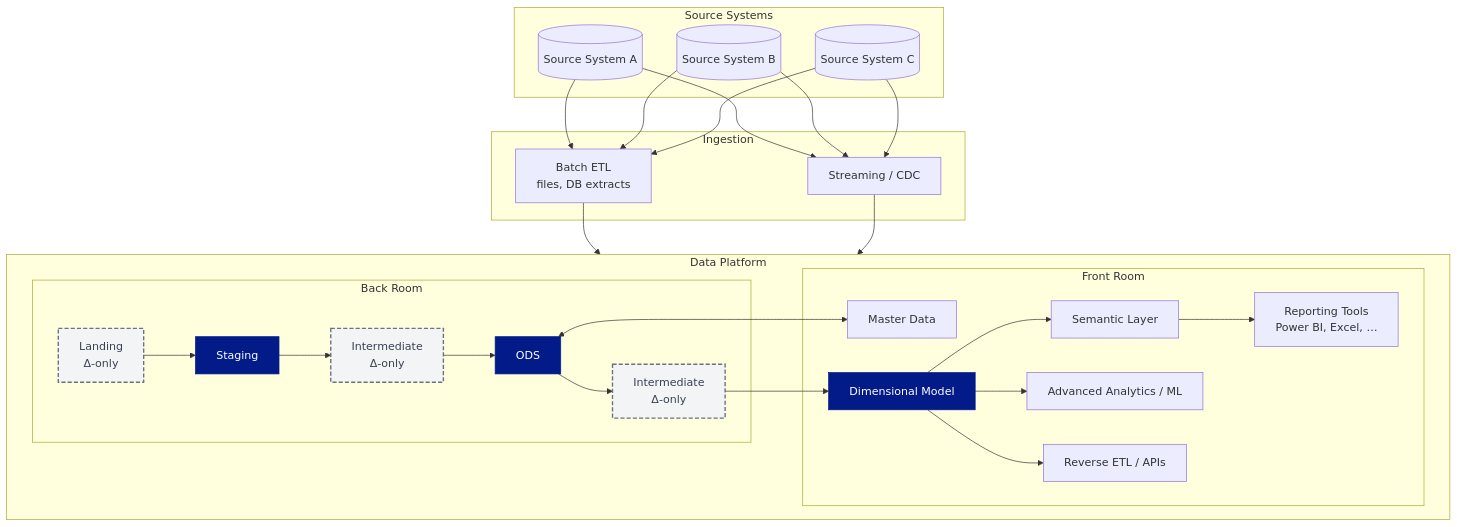
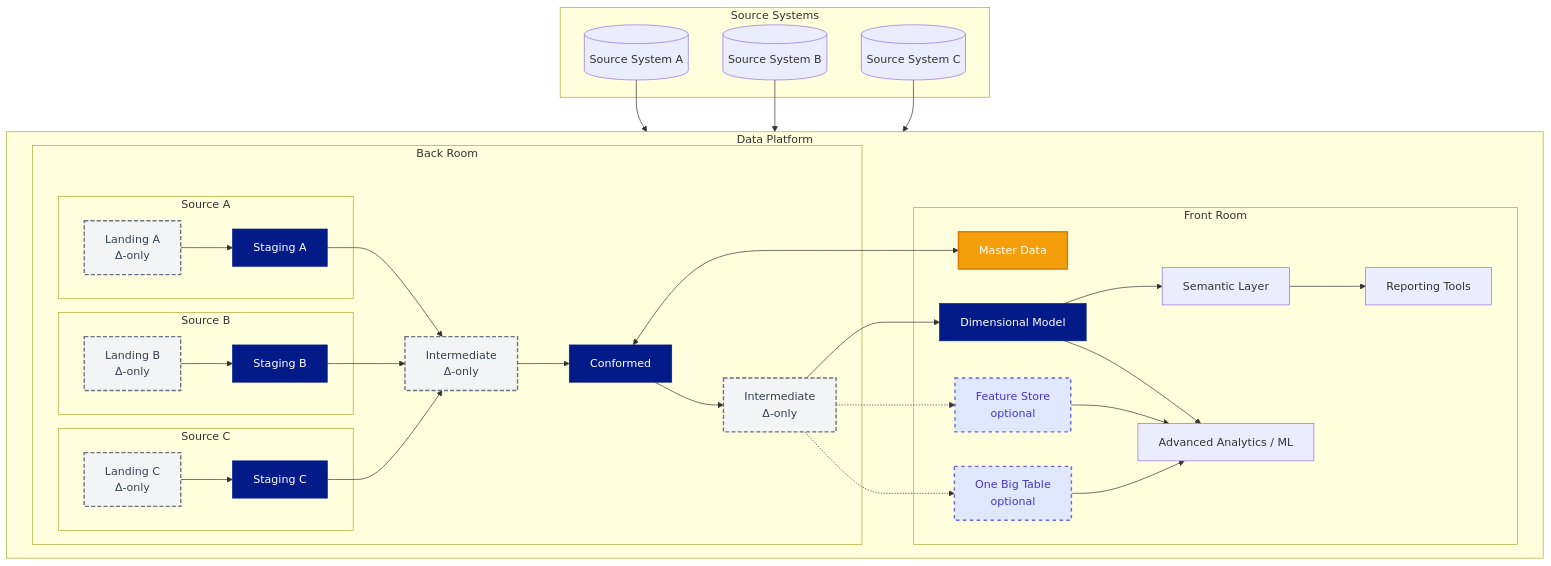
The first of 2 diagrams in Technical Guideline Ops/Architectural Principles/Data Layers and Modeling.md (PlainsightPro/Vision-Playbook), drawn with Mermaid before and after one commit. The commit also changed other lines of this file and 11 other files, not shown here.

````diff
--- a/Technical Guideline Ops/Architectural Principles/Data Layers and Modeling.md
+++ b/Technical Guideline Ops/Architectural Principles/Data Layers and Modeling.md
@@ -6,68 +6,73 @@
 ```mermaid
----
-config:
-  theme: forest
-  layout: elk
----
 %%{init: { "flowchart": { "useMaxWidth": true } } }%%
 graph TD
     %% Expanded DW/BI platform
     subgraph Source Systems
         A1[(Source System A)]
         A2[(Source System B)]
         A3[(Source System C)]
     end
 
-    subgraph Ingestion
-        I1[Batch ETL<br/>files, DB extracts]
-        I2[Streaming / CDC]
-    end
-
     subgraph Data Platform 
 	    direction LR
         subgraph Back Room
-            L[Landing<br/>Δ-only]:::delta
-            B[Staging]:::all
+            subgraph Source A
+                L1[Landing A<br/>Δ-only]:::delta
+                B1[Staging A]:::all
+            end
+            subgraph Source B
+                L2[Landing B<br/>Δ-only]:::delta
+                B2[Staging B]:::all
+            end
+            subgraph Source C
+                L3[Landing C<br/>Δ-only]:::delta
+                B3[Staging C]:::all
+            end
             M[Intermediate<br/>Δ-only]:::delta
-            C[ODS]:::all
+            C[Conformed]:::all
             O[Intermediate<br/>Δ-only]:::delta
         end
 
         subgraph Front Room
-            G[Master Data]
+            G[Master Data]:::masterdata
+            FS[Feature Store<br/>optional]:::optional
+            OBT[One Big Table<br/>optional]:::optional
             D[Dimensional Model]:::all
             S[Semantic Layer]
-            E[Reporting Tools<br/>Power BI, Excel, …]
+            E[Reporting Tools]
             X[Advanced Analytics / ML]
-            R[Reverse ETL / APIs]
         end
     end
 
 %% Flows
-A1 --> I1
-A2 --> I1
-A3 --> I1
-A1 --> I2
-A2 --> I2
-A3 --> I2
+A1 --> L1
+L1 --> B1
+A2 --> L2
+L2 --> B2
+A3 --> L3
+L3 --> B3
 
-I1 --> L
-I2 --> L
-L --> B
+B1 --> M
+B2 --> M
+B3 --> M
+M --> C
+C --> O
 O --> D
+O -.-> FS
+O -.-> OBT
 D --> S
 S --> E
 D --> X
-D --> R
-B --> M
-C --> O
-M --> C
+FS --> X
+OBT --> X
 C <--> G
 
 
 %% Node styles
 classDef delta fill:#F3F4F6,stroke:#6B7280,stroke-width:2px,stroke-dasharray:6 3,color:#374151;
 classDef all fill:#031B89,stroke:#031B89,stroke-width:1px,color:#FFFFFF;
+classDef optional fill:#E0E7FF,stroke:#6366F1,stroke-width:2px,stroke-dasharray:5 5,color:#4338CA;
+classDef masterdata fill:#F59E0B,stroke:#D97706,stroke-width:2px,color:#FFFFFF;
 class A,C blueBox;
 
 ```
````
